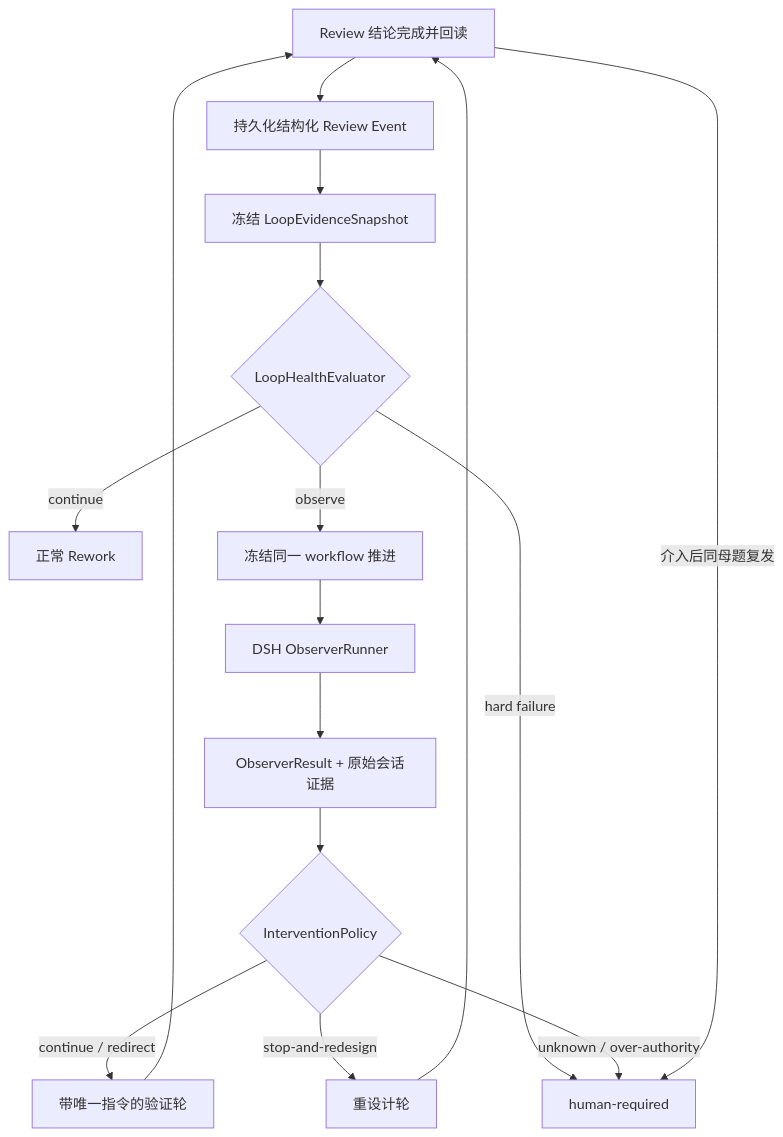
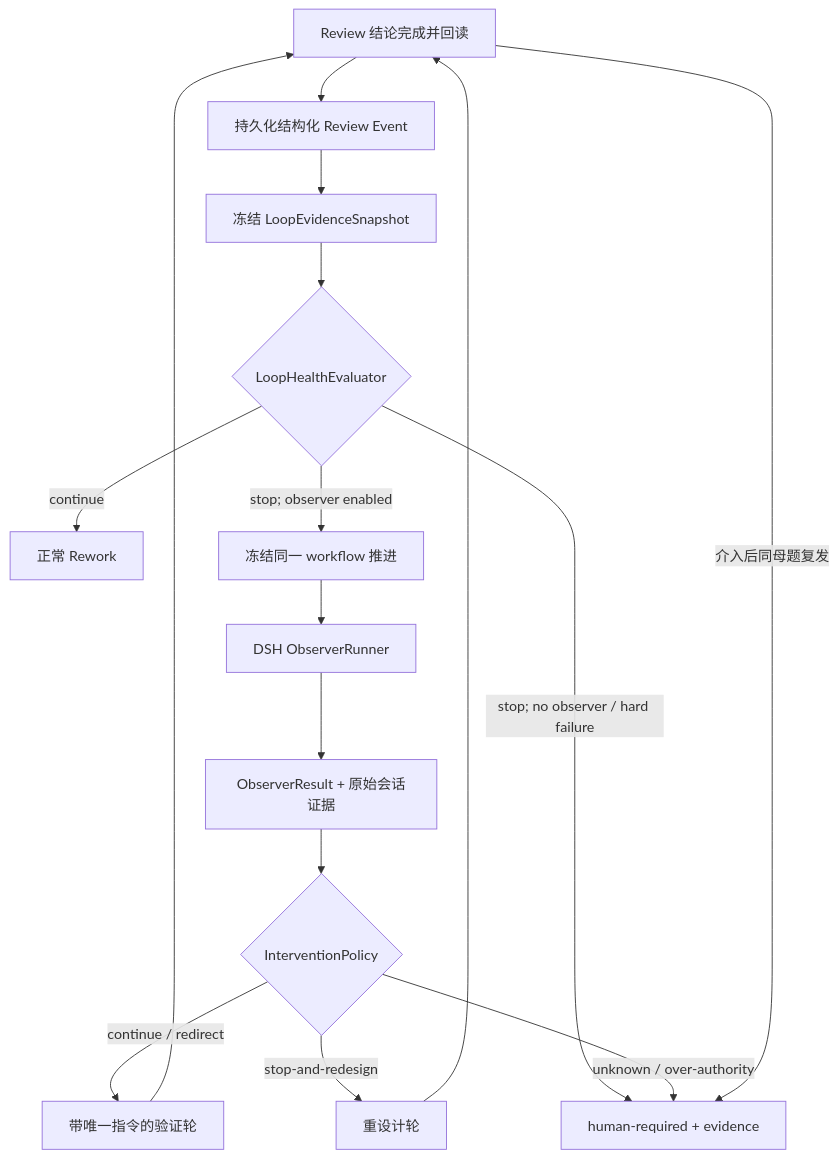
One commit to ai-daming/clickvibe changed the diagram in docs/architecture/observer-intervention.md. Above: the diagram before and after it, drawn with Mermaid. The commit also changed other lines of this file and 19 other files, not shown here.

Commit message:
docs: align architecture roadmap and access governance

````diff
--- a/docs/architecture/observer-intervention.md
+++ b/docs/architecture/observer-intervention.md
@@ -32,18 +32,18 @@
 ```mermaid
 flowchart TD
   review[Review 结论完成并回读] --> persist[持久化结构化 Review Event]
   persist --> snapshot[冻结 LoopEvidenceSnapshot]
   snapshot --> guard{LoopHealthEvaluator}
   guard -->|continue| rework[正常 Rework]
-  guard -->|observe| freeze[冻结同一 workflow 推进]
-  guard -->|hard failure| human[human-required]
+  guard -->|stop; observer enabled| freeze[冻结同一 workflow 推进]
+  guard -->|stop; no observer / hard failure| human[human-required + evidence]
   freeze --> runner[DSH ObserverRunner]
   runner --> result[ObserverResult + 原始会话证据]
   result --> policy{InterventionPolicy}
   policy -->|continue / redirect| directed[带唯一指令的验证轮]
   policy -->|stop-and-redesign| redesign[重设计轮]
   policy -->|unknown / over-authority| human
   directed --> review
   redesign --> review
   review -->|介入后同母题复发| human
 ```
````
